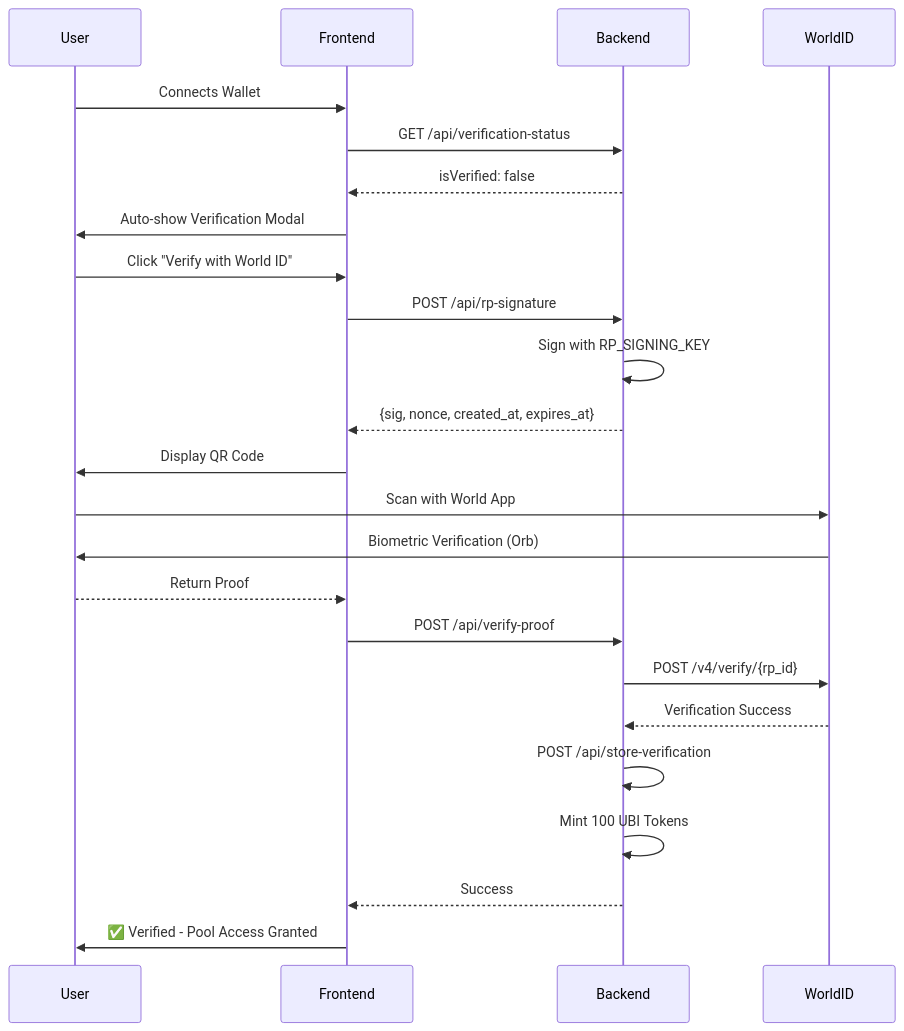
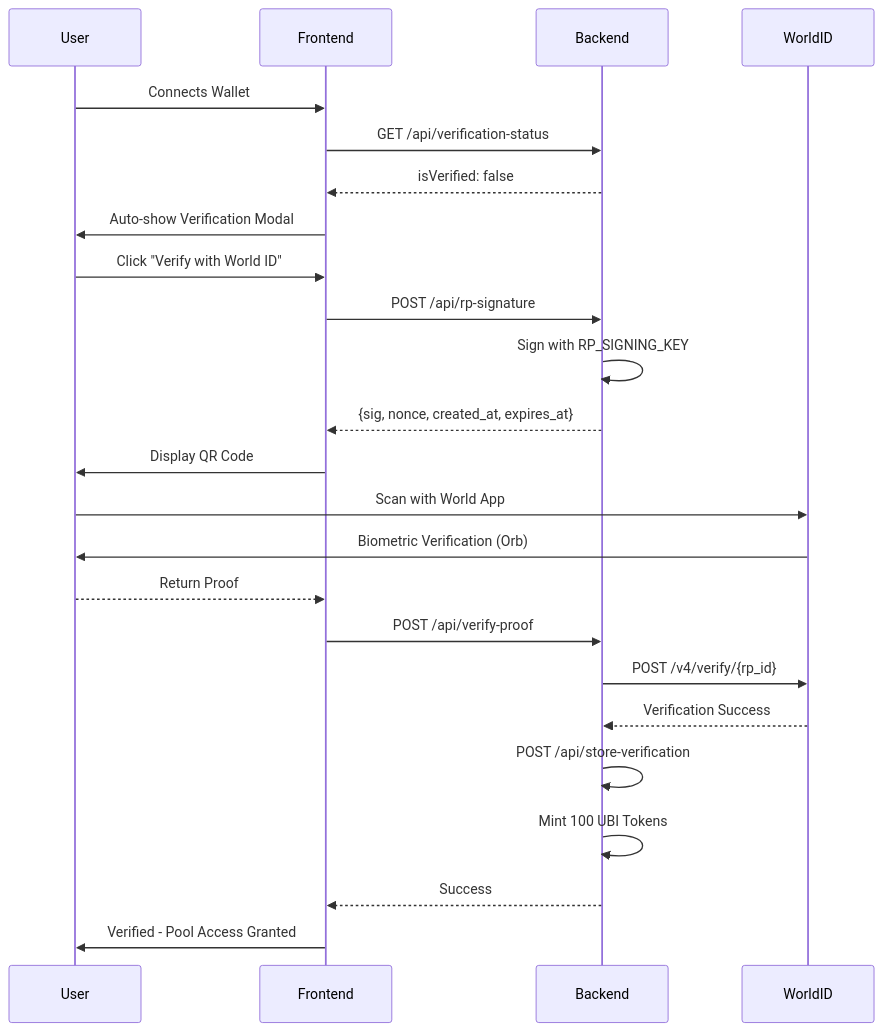
One commit to Nectar-GD/frontend changed the second of 2 diagrams in README.md. Above: the diagram before and after it, drawn with Mermaid. The commit also changed other lines of this file, not shown here.

````diff
--- a/README.md
+++ b/README.md
@@ -295,27 +282,27 @@
 ```mermaid
 sequenceDiagram
     participant User
     participant Frontend
     participant Backend
     participant WorldID
 
     User->>Frontend: Connects Wallet
     Frontend->>Backend: GET /api/verification-status
     Backend-->>Frontend: isVerified: false
     Frontend->>User: Auto-show Verification Modal
     User->>Frontend: Click "Verify with World ID"
     Frontend->>Backend: POST /api/rp-signature
     Backend->>Backend: Sign with RP_SIGNING_KEY
     Backend-->>Frontend: {sig, nonce, created_at, expires_at}
     Frontend->>User: Display QR Code
     User->>WorldID: Scan with World App
     WorldID->>User: Biometric Verification (Orb)
     User-->>Frontend: Return Proof
     Frontend->>Backend: POST /api/verify-proof
     Backend->>WorldID: POST /v4/verify/{rp_id}
     WorldID-->>Backend: Verification Success
     Backend->>Backend: POST /api/store-verification
     Backend->>Backend: Mint 100 UBI Tokens
     Backend-->>Frontend: Success
-    Frontend->>User: ✅ Verified - Pool Access Granted
+    Frontend->>User: Verified - Pool Access Granted
 ```
````
